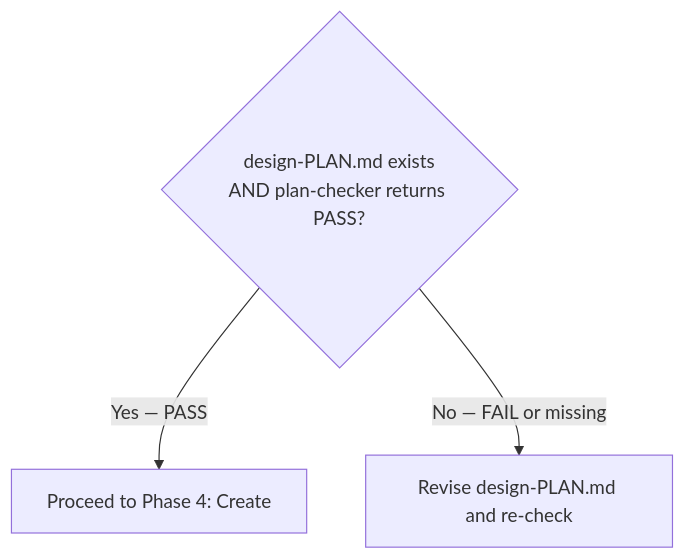
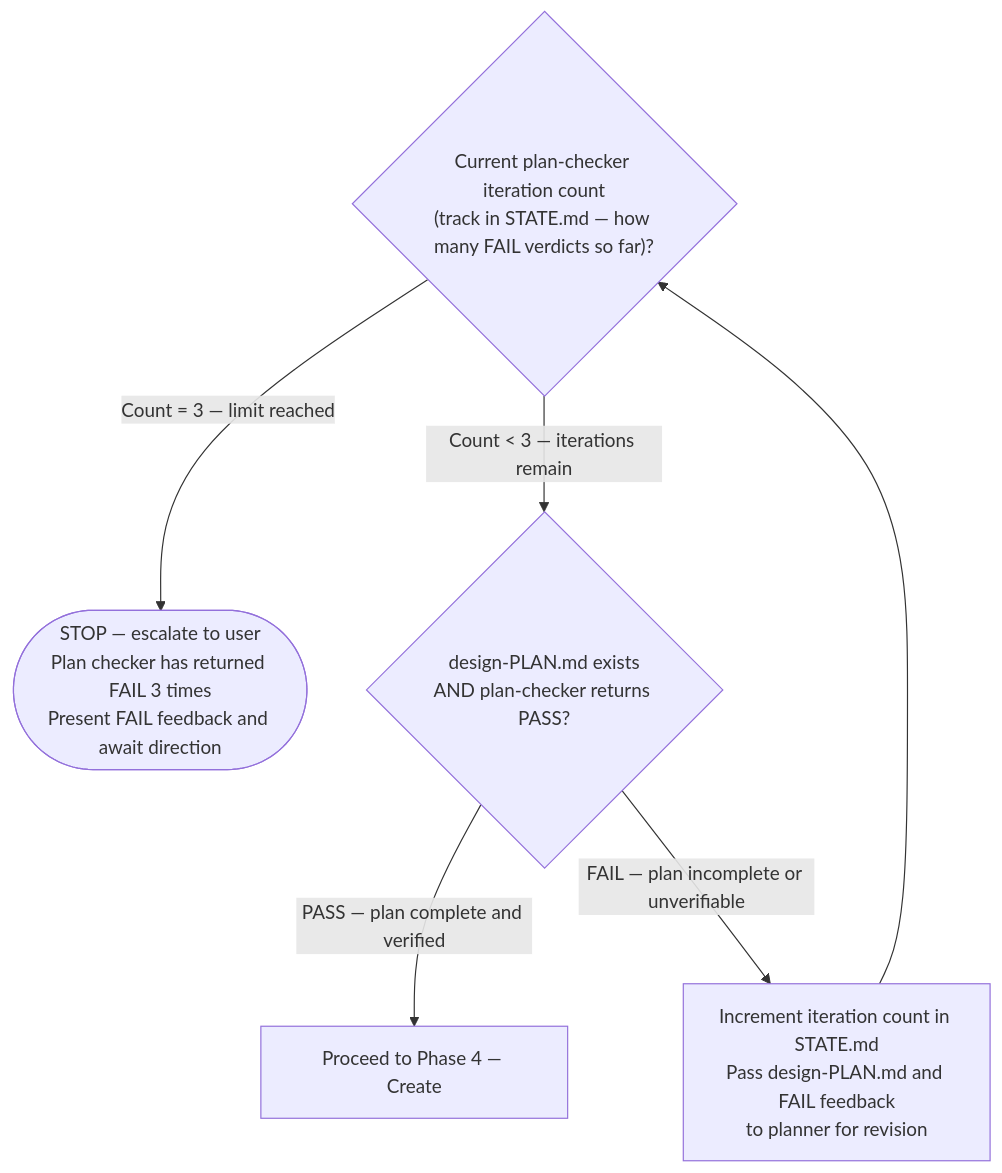
Before and after one commit to chgreer1070/claude_skills: the sixth of 11 diagrams in plugins/plugin-creator/skills/plugin-lifecycle/SKILL.md, drawn with Mermaid. The commit also changed other lines of this file and 4 other files, not shown here.

````diff
--- a/plugins/plugin-creator/skills/plugin-lifecycle/SKILL.md
+++ b/plugins/plugin-creator/skills/plugin-lifecycle/SKILL.md
@@ -299,6 +357,10 @@
 ```mermaid
 flowchart TD
-    Q{"design-PLAN.md exists<br>AND plan-checker returns PASS?"}
-    Q -->|"Yes — PASS"| Next["Proceed to Phase 4: Create"]
-    Q -->|"No — FAIL or missing"| Retry["Revise design-PLAN.md and re-check"]
+    %% Track iteration count to enforce the 3-attempt limit from Error Handling
+    IterCheck{"Current plan-checker iteration count<br>(track in STATE.md — how many FAIL verdicts so far)?"}
+    IterCheck -->|"Count = 3 — limit reached"| Escalate(["STOP — escalate to user<br>Plan checker has returned FAIL 3 times<br>Present FAIL feedback and await direction"])
+    IterCheck -->|"Count < 3 — iterations remain"| PlanCheck{"design-PLAN.md exists<br>AND plan-checker returns PASS?"}
+    PlanCheck -->|"PASS — plan complete and verified"| Next["Proceed to Phase 4 — Create"]
+    PlanCheck -->|"FAIL — plan incomplete or unverifiable"| Revise["Increment iteration count in STATE.md<br>Pass design-PLAN.md and FAIL feedback<br>to planner for revision"]
+    Revise --> IterCheck
 ```
````
